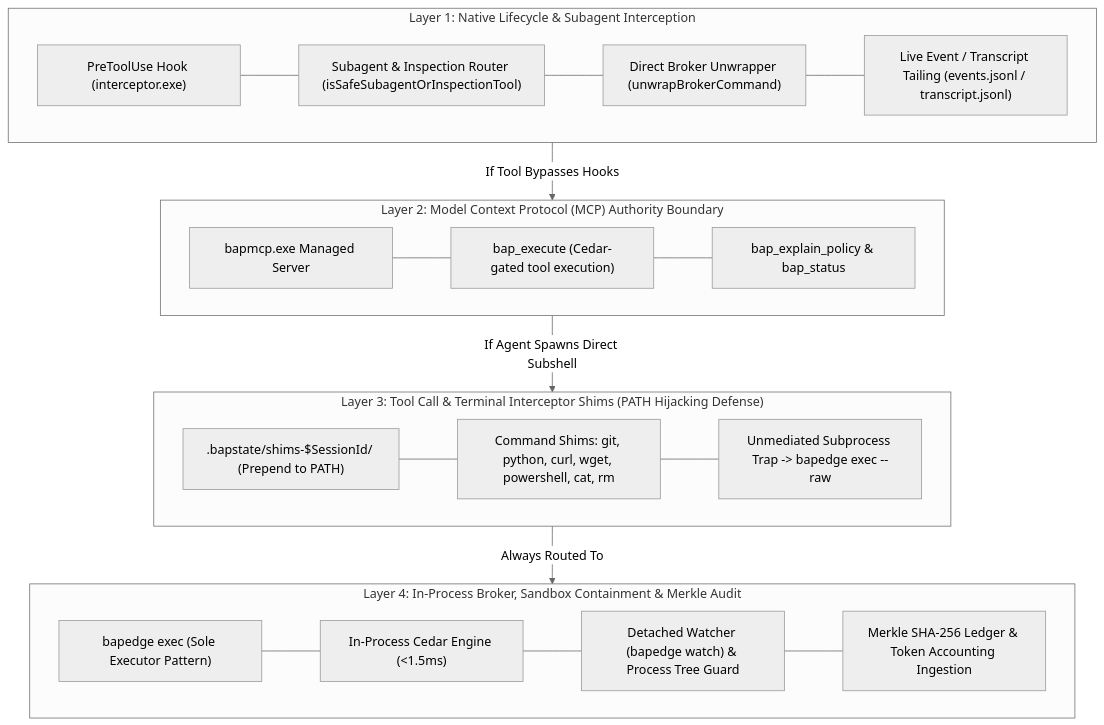
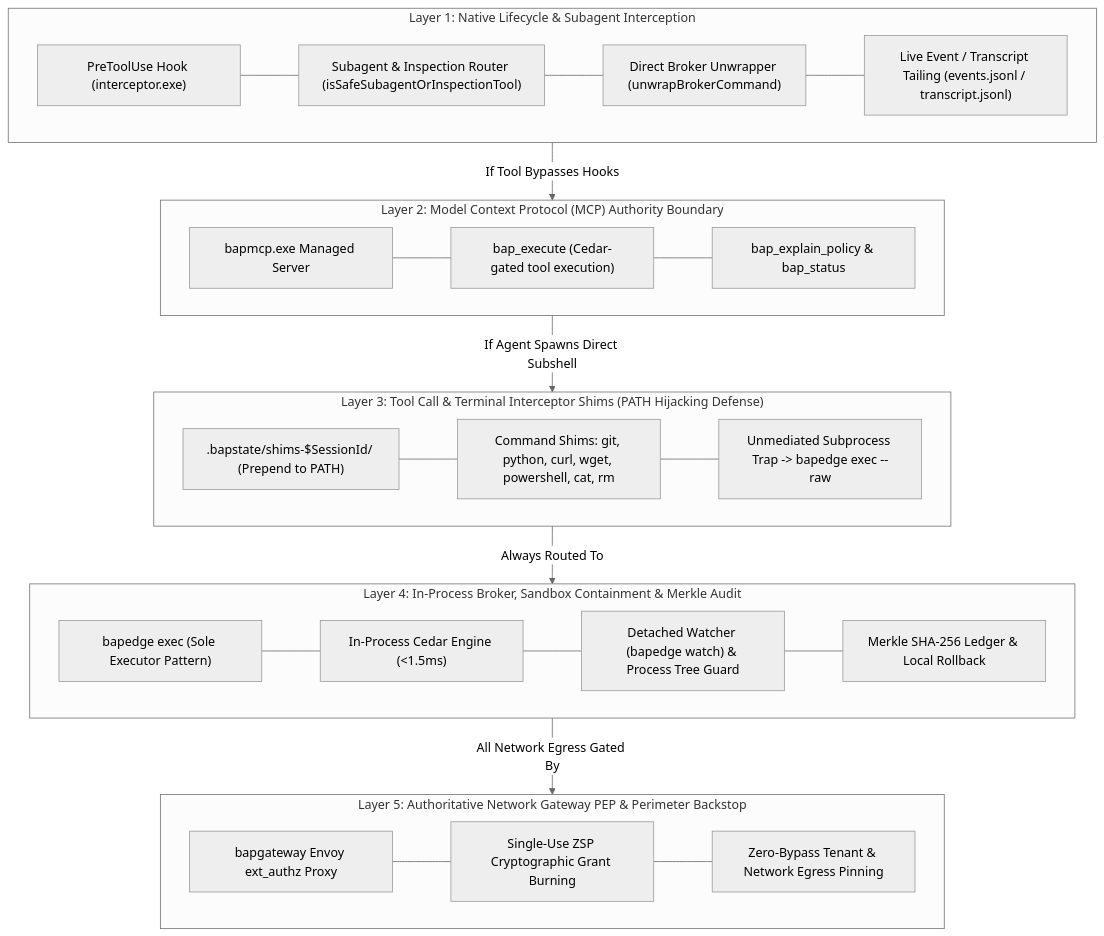
The seventh of 11 diagrams in ARCHITECTURE.md (anandbap/bapltd), drawn with Mermaid (neutral theme) before and after one commit. The commit also changed other lines of this file and 25 other files, not shown here.

````diff
--- a/ARCHITECTURE.md
+++ b/ARCHITECTURE.md
@@ -628,36 +646,44 @@
 ```mermaid
 flowchart TD
     subgraph L1 ["Layer 1: Native Lifecycle & Subagent Interception"]
         L1A["PreToolUse Hook (interceptor.exe)"]
         L1B["Subagent & Inspection Router (isSafeSubagentOrInspectionTool)"]
         L1C["Direct Broker Unwrapper (unwrapBrokerCommand)"]
         L1D["Live Event / Transcript Tailing (events.jsonl / transcript.jsonl)"]
         L1A --- L1B --- L1C --- L1D
     end
 
     subgraph L2 ["Layer 2: Model Context Protocol (MCP) Authority Boundary"]
         L2A["bapmcp.exe Managed Server"]
         L2B["bap_execute (Cedar-gated tool execution)"]
         L2C["bap_explain_policy & bap_status"]
         L2A --- L2B --- L2C
     end
 
     subgraph L3 ["Layer 3: Tool Call & Terminal Interceptor Shims (PATH Hijacking Defense)"]
         L3A[".bapstate/shims-$SessionId/ (Prepend to PATH)"]
         L3B["Command Shims: git, python, curl, wget, powershell, cat, rm"]
         L3C["Unmediated Subprocess Trap -> bapedge exec --raw"]
         L3A --- L3B --- L3C
     end
 
     subgraph L4 ["Layer 4: In-Process Broker, Sandbox Containment & Merkle Audit"]
         L4A["bapedge exec (Sole Executor Pattern)"]
         L4B["In-Process Cedar Engine (<1.5ms)"]
         L4C["Detached Watcher (bapedge watch) & Process Tree Guard"]
-        L4D["Merkle SHA-256 Ledger & Token Accounting Ingestion"]
+        L4D["Merkle SHA-256 Ledger & Local Rollback"]
         L4A --- L4B --- L4C --- L4D
+    end
+
+    subgraph L5 ["Layer 5: Authoritative Network Gateway PEP & Perimeter Backstop"]
+        L5A["bapgateway Envoy ext_authz Proxy"]
+        L5B["Single-Use ZSP Cryptographic Grant Burning"]
+        L5C["Zero-Bypass Tenant & Network Egress Pinning"]
+        L5A --- L5B --- L5C
     end
 
     L1 -->|If Tool Bypasses Hooks| L2
     L2 -->|If Agent Spawns Direct Subshell| L3
     L3 -->|Always Routed To| L4
+    L4 -->|All Network Egress Gated By| L5
 ```
````
